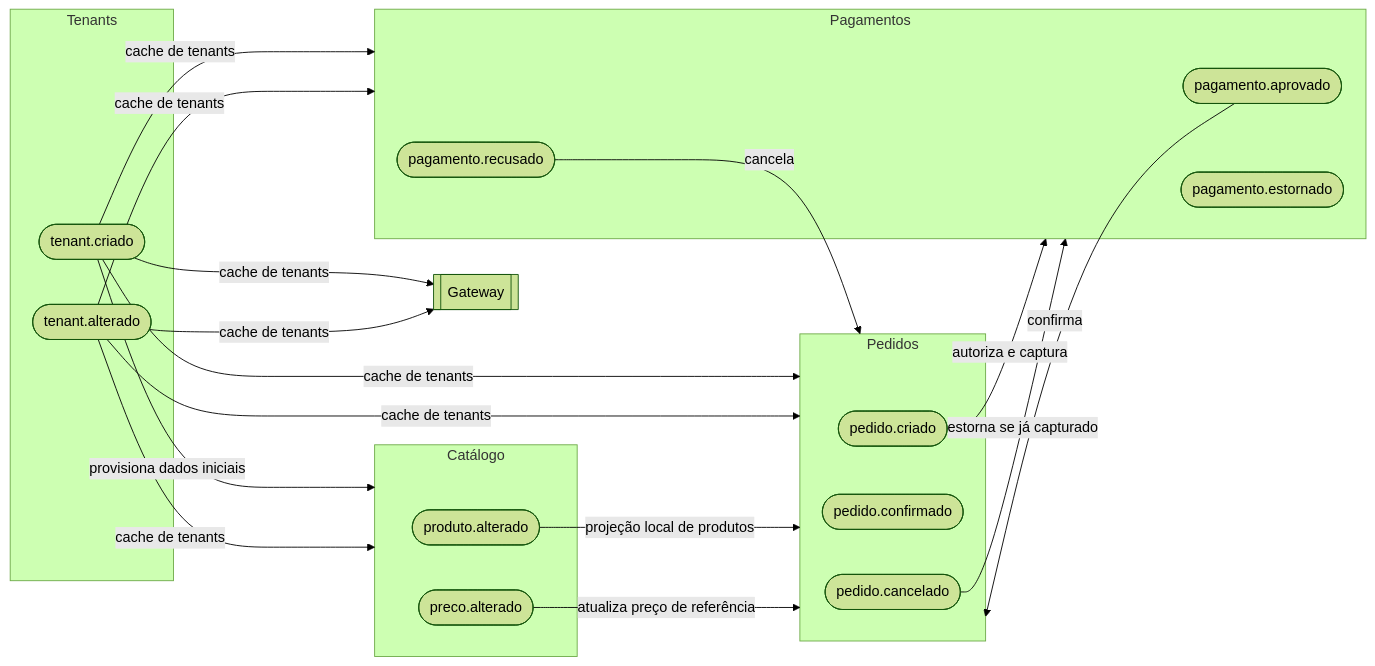
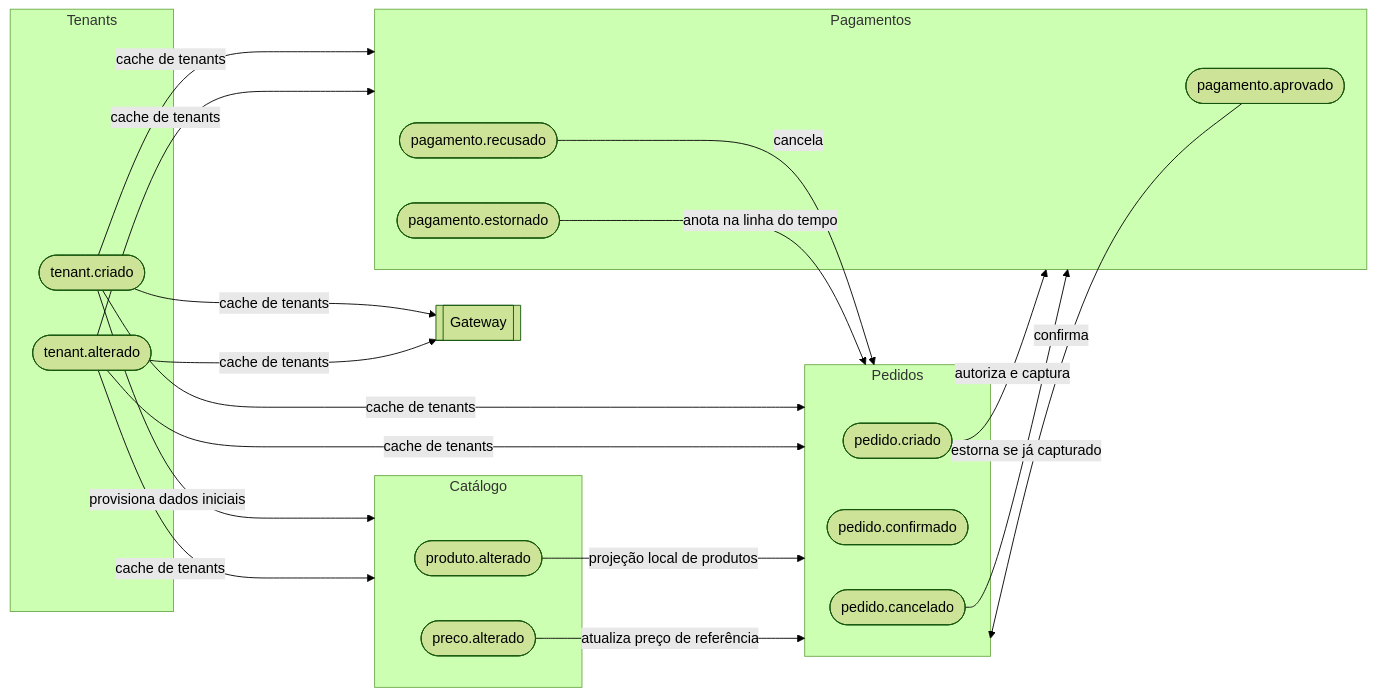
Before and after one commit to Daniloeng/plataforma-multitenant: the first of 3 diagrams in docs/arquitetura/event-storming.md, drawn with Mermaid (forest theme). The commit also changed other lines of this file and 40 other files, not shown here.

First line of the commit message:
Dia 8: saga completa e linha do tempo do pedido ao vivo (#8)

````diff
--- a/docs/arquitetura/event-storming.md
+++ b/docs/arquitetura/event-storming.md
@@ -27,33 +27,34 @@
 ```mermaid
 flowchart LR
   subgraph TEN[Tenants]
     T1([tenant.criado])
     T2([tenant.alterado])
   end
   subgraph CAT[Catálogo]
     C1([produto.alterado])
     C2([preco.alterado])
   end
   subgraph PED[Pedidos]
     P1([pedido.criado])
     P2([pedido.confirmado])
     P3([pedido.cancelado])
   end
   subgraph PAG[Pagamentos]
     G1([pagamento.aprovado])
     G2([pagamento.recusado])
     G3([pagamento.estornado])
   end
   GW[[Gateway]]
   T1 -- provisiona dados iniciais --> CAT
   T1 & T2 -- cache de tenants --> PED
   T1 & T2 -- cache de tenants --> PAG
   T1 & T2 -- cache de tenants --> GW
   T2 -- cache de tenants --> CAT
   C1 -- projeção local de produtos --> PED
   C2 -- atualiza preço de referência --> PED
   P1 -- autoriza e captura --> PAG
   P3 -- estorna se já capturado --> PAG
   G1 -- confirma --> PED
   G2 -- cancela --> PED
+  G3 -- anota na linha do tempo --> PED
 ```
````
